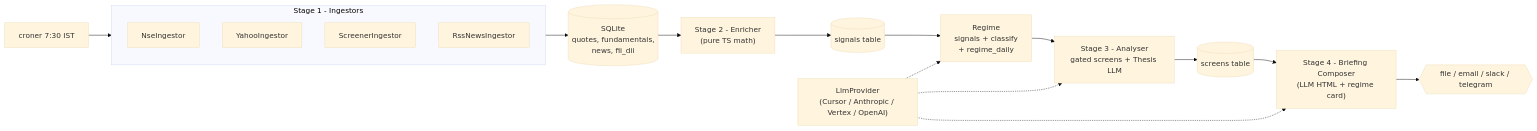
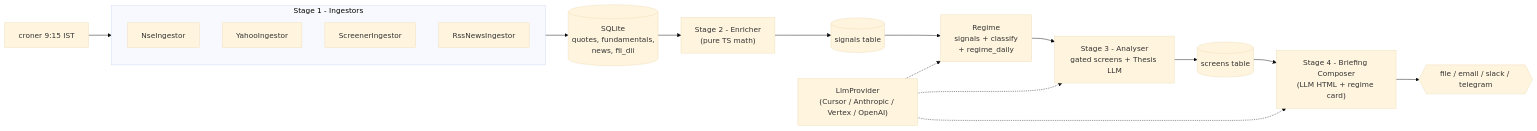
One commit to Shubhamjain2908/market-pulse-AI changed the diagram in README.md. Above: the diagram before and after it, drawn with Mermaid (base theme). The commit also changed other lines of this file and 5 other files, not shown here.

Commit message:
update cron from 7:30 -> 9:15 AM IST

````diff
--- a/README.md
+++ b/README.md
@@ -78,21 +78,21 @@
 ```mermaid
 flowchart LR
-    Cron["croner 7:30 IST"] --> Ingest
+    Cron["croner 9:15 IST"] --> Ingest
     subgraph Ingest [Stage 1 - Ingestors]
         NSE[NseIngestor]
         Yahoo[YahooIngestor]
         Screener[ScreenerIngestor]
         RSS[RssNewsIngestor]
     end
     Ingest --> DB[("SQLite<br/>quotes, fundamentals,<br/>news, fii_dii")]
     DB --> Enrich["Stage 2 - Enricher<br/>(pure TS math)"]
     Enrich --> SignalsDB[("signals table")]
     SignalsDB --> Regime["Regime<br/>signals + classify<br/>+ regime_daily"]
     Regime --> Analyse["Stage 3 - Analyser<br/>gated screens + Thesis LLM"]
     Analyse --> ScreensDB[("screens table")]
     ScreensDB --> Brief["Stage 4 - Briefing Composer<br/>(LLM HTML + regime card)"]
     Brief --> Deliver{{"file / email / slack / telegram"}}
     LlmAbstraction["LlmProvider<br/>(Cursor / Anthropic / Vertex / OpenAI)"] -.-> Regime
     LlmAbstraction -.-> Analyse
     LlmAbstraction -.-> Brief
 ```
````
